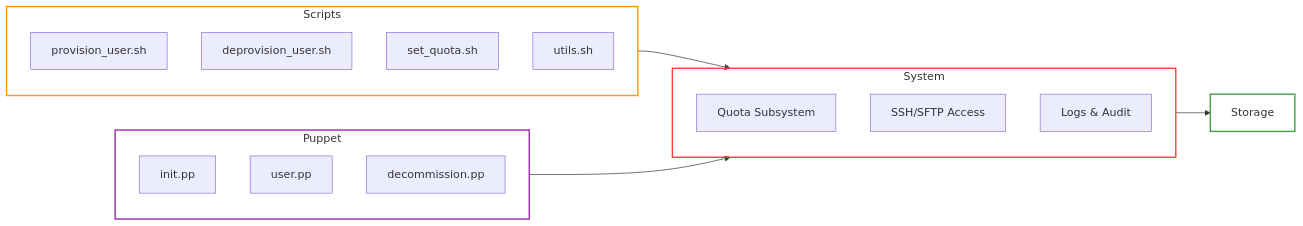
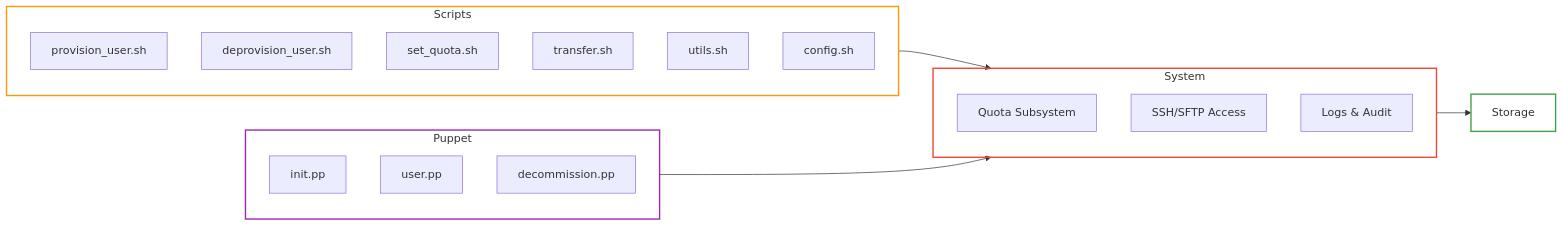
The fifth of 6 diagrams in README.md (aaronwittchen/Automated-Storage-Provisioning-Tool), drawn with Mermaid before and after one commit. The commit also changed other lines of this file and 3 other files, not shown here.

````diff
--- a/README.md
+++ b/README.md
@@ -298,30 +412,32 @@
 ```mermaid
 graph LR
     subgraph Scripts["Scripts"]
         PS["provision_user.sh"]
         DS["deprovision_user.sh"]
         QS["set_quota.sh"]
+        TS["transfer.sh"]
         US["utils.sh"]
+        CS["config.sh"]
     end
-   
+
     subgraph Puppet_M["Puppet"]
         Init["init.pp"]
         User["user.pp"]
         Decom["decommission.pp"]
     end
-   
+
     subgraph System["System"]
         Quota["Quota Subsystem"]
         Access["SSH/SFTP Access"]
         Logs["Logs & Audit"]
     end
-   
+
     Scripts --> System
     Puppet_M --> System
     System --> Storage["Storage"]
-   
+
     style Scripts fill:none,stroke:#ff9800,stroke-width:2px
     style Puppet_M fill:none,stroke:#9c27b0,stroke-width:2px
     style System fill:none,stroke:#f44336,stroke-width:2px
     style Storage fill:none,stroke:#43a047,stroke-width:2px
 ```
````
